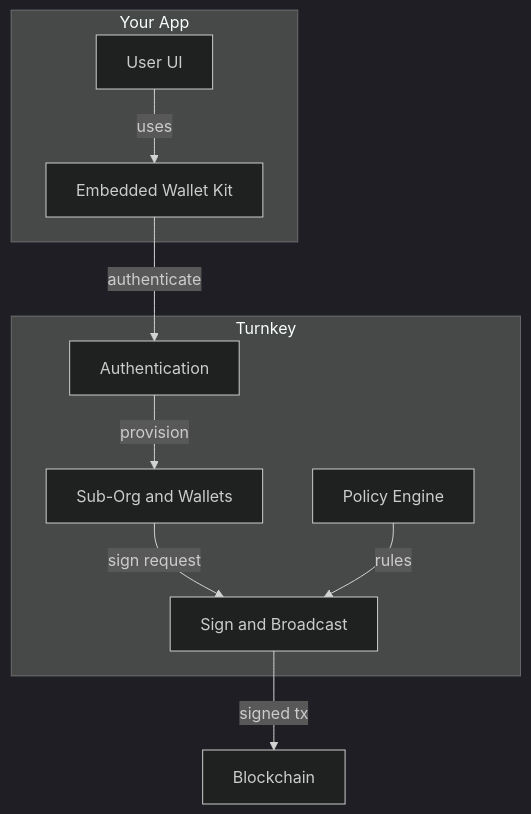
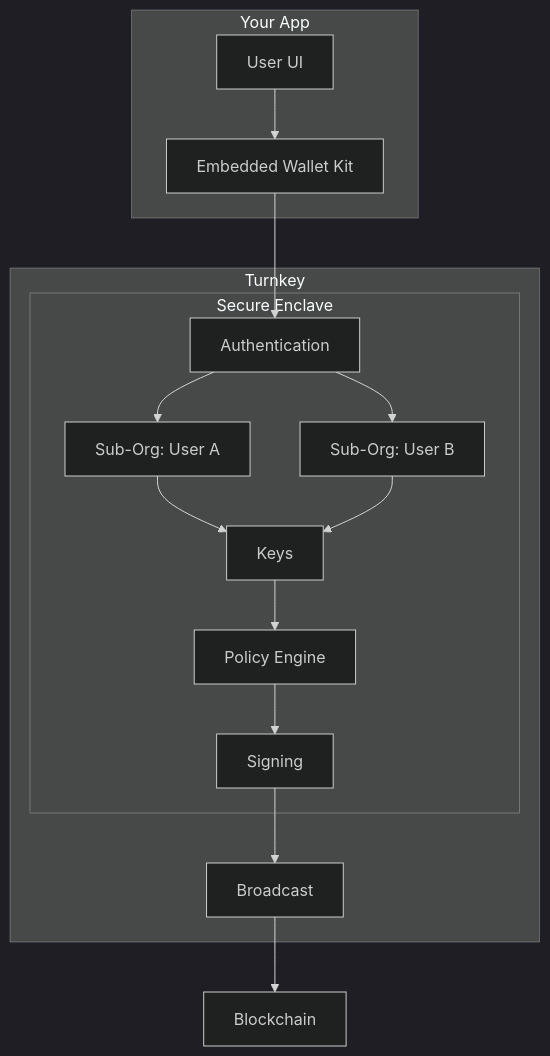
Before and after one commit to tkhq/docs: the diagram in embedded-wallets/code-examples/consumer-embeddedwallet.mdx, drawn with Mermaid (dark theme). The commit also changed other lines of this file, not shown here.

````diff
--- a/embedded-wallets/code-examples/consumer-embeddedwallet.mdx
+++ b/embedded-wallets/code-examples/consumer-embeddedwallet.mdx
@@ -70,23 +88,32 @@
 ```mermaid
 graph TD
   subgraph app [Your App]
     UI[User UI]
     EWK[Embedded Wallet Kit]
   end
 
   subgraph turnkey [Turnkey]
-    Auth[Authentication]
-    SubOrg[Sub-Org and Wallets]
-    PolicyEngine[Policy Engine]
-    SignBroadcast[Sign and Broadcast]
+    subgraph enclave [Secure Enclave]
+      Auth[Authentication]
+      SubA[Sub-Org: User A]
+      SubB[Sub-Org: User B]
+      Keys[Keys]
+      PolicyEngine[Policy Engine]
+      Signing[Signing]
+    end
+    Broadcast[Broadcast]
   end
 
   Blockchain[Blockchain]
 
-  UI -->|"uses"| EWK
-  EWK -->|"authenticate"| Auth
-  Auth -->|"provision"| SubOrg
-  SubOrg -->|"sign request"| SignBroadcast
-  PolicyEngine -->|"rules"| SignBroadcast
-  SignBroadcast -->|"signed tx"| Blockchain
+  UI --> EWK
+  EWK --> Auth
+  Auth --> SubA
+  Auth --> SubB
+  SubA --> Keys
+  SubB --> Keys
+  Keys --> PolicyEngine
+  PolicyEngine --> Signing
+  Signing --> Broadcast
+  Broadcast --> Blockchain
 ```
````
